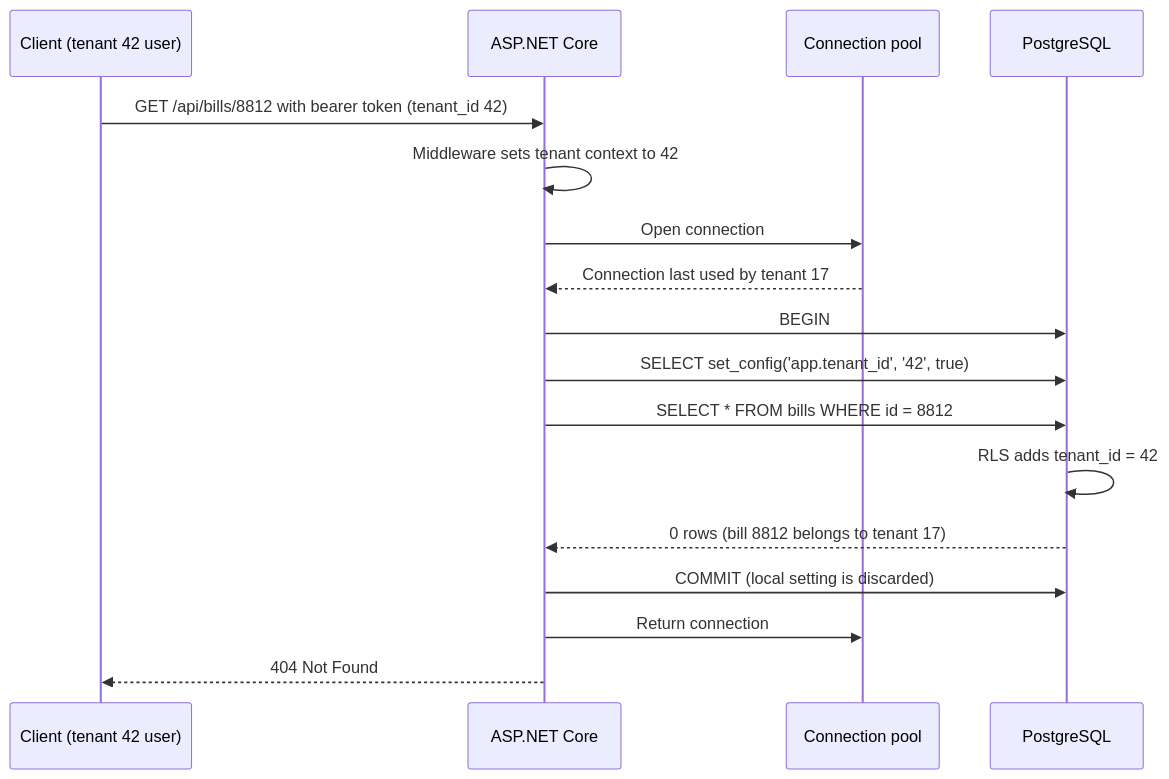
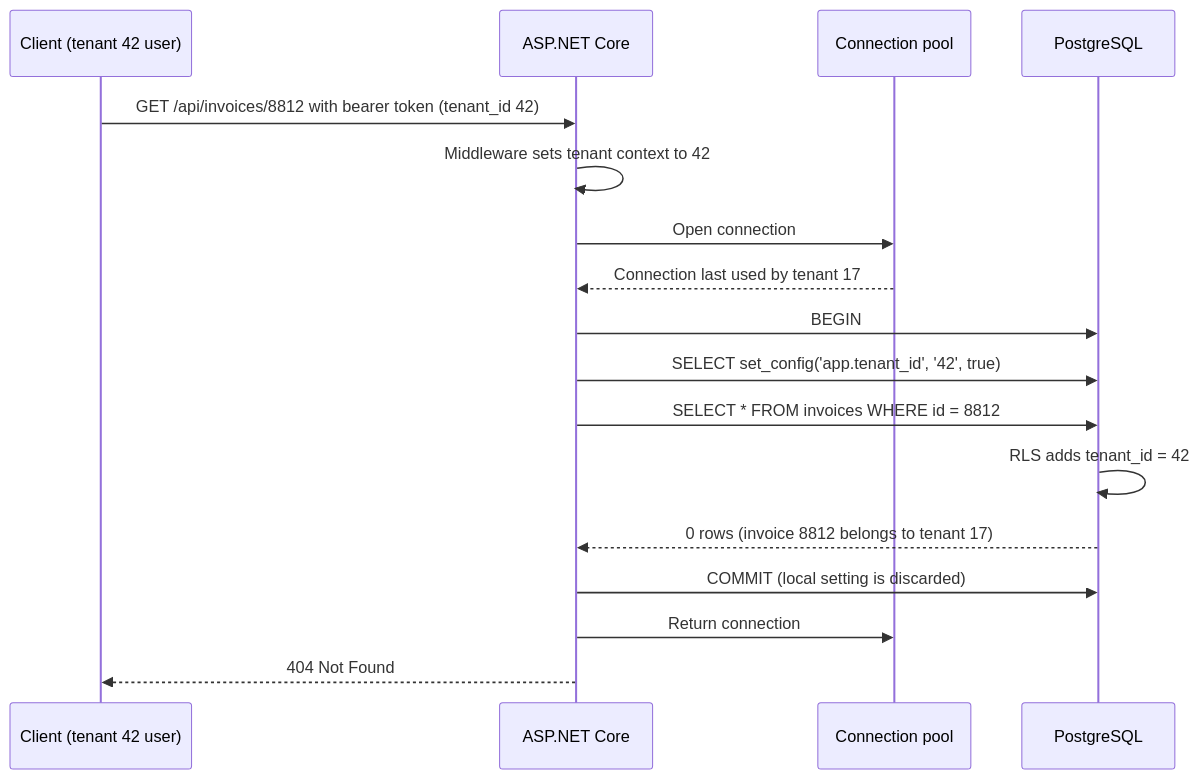
The second of 2 diagrams in content/lessons/m14/m14-multi-tenant-security.md (rizwi0786/system-design-lab), drawn with Mermaid before and after one commit. The commit also changed other lines of this file and 334 other files, not shown here.

````diff
--- a/content/lessons/m14/m14-multi-tenant-security.md
+++ b/content/lessons/m14/m14-multi-tenant-security.md
@@ -224,19 +226,19 @@
 ```mermaid
 sequenceDiagram
     participant C as Client (tenant 42 user)
     participant API as ASP.NET Core
     participant POOL as Connection pool
     participant PG as PostgreSQL
-    C->>API: GET /api/bills/8812 with bearer token (tenant_id 42)
+    C->>API: GET /api/invoices/8812 with bearer token (tenant_id 42)
     API->>API: Middleware sets tenant context to 42
     API->>POOL: Open connection
     POOL-->>API: Connection last used by tenant 17
     API->>PG: BEGIN
     API->>PG: SELECT set_config('app.tenant_id', '42', true)
-    API->>PG: SELECT * FROM bills WHERE id = 8812
+    API->>PG: SELECT * FROM invoices WHERE id = 8812
     PG->>PG: RLS adds tenant_id = 42
-    PG-->>API: 0 rows (bill 8812 belongs to tenant 17)
+    PG-->>API: 0 rows (invoice 8812 belongs to tenant 17)
     API->>PG: COMMIT (local setting is discarded)
     API->>POOL: Return connection
     API-->>C: 404 Not Found
 ```
````
